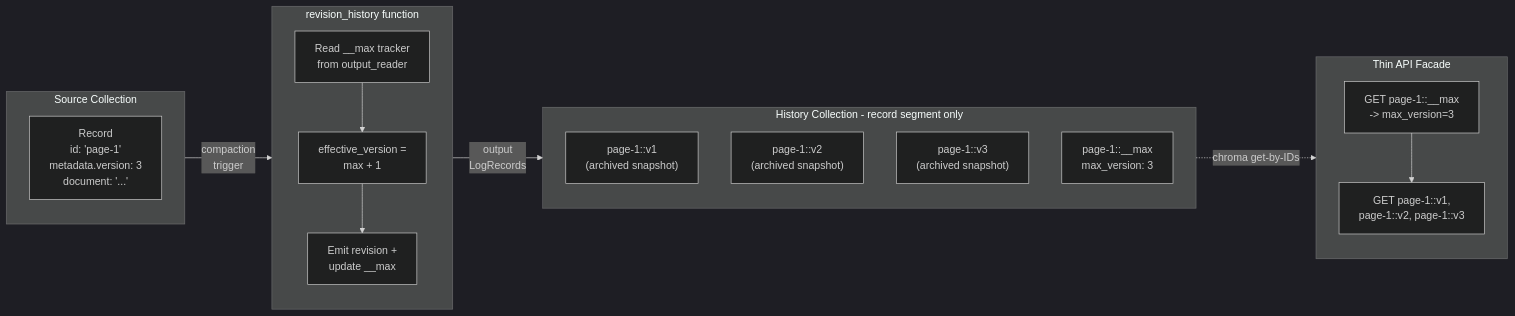
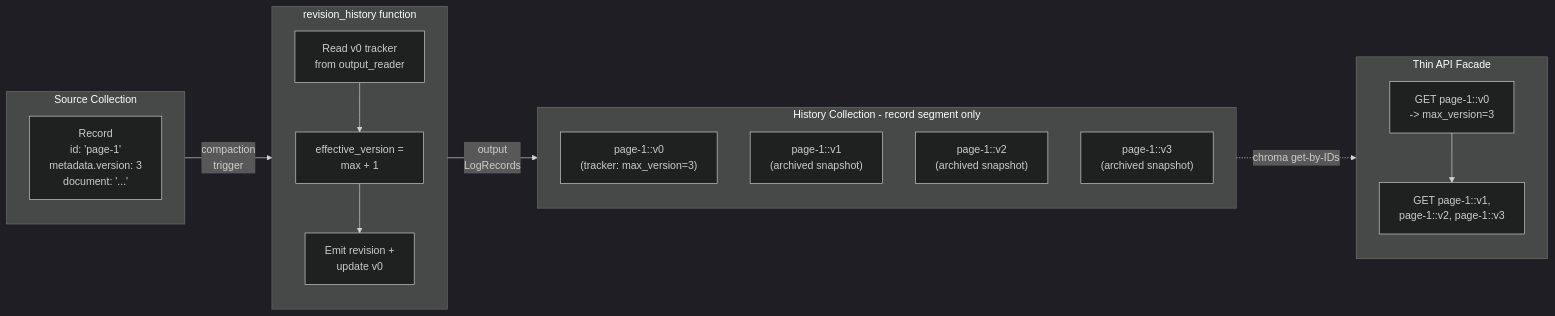
One commit to chroma-core/chroma changed the second of 2 diagrams in revision_history_function_302b0fcf.plan.md. Above: the diagram before and after it, drawn with Mermaid (dark theme). The commit also changed other lines of this file, not shown here.

````diff
--- a/revision_history_function_302b0fcf.plan.md
+++ b/revision_history_function_302b0fcf.plan.md
@@ -87,33 +87,33 @@
 ```mermaid
 flowchart LR
  subgraph source [Source Collection]
  REC["Record\nid: 'page-1'\nmetadata.version: 3\ndocument: '...'"]
  end
 
  subgraph fn [revision_history function]
  direction TB
- READ["Read __max tracker\nfrom output_reader"]
+ READ["Read v0 tracker\nfrom output_reader"]
  CALC["effective_version =\nmax + 1"]
- EMIT["Emit revision +\nupdate __max"]
+ EMIT["Emit revision +\nupdate v0"]
  READ --> CALC --> EMIT
  end
 
  subgraph output [History Collection - record segment only]
  direction TB
+ V0["page-1::v0\n(tracker: max_version=3)"]
  V1["page-1::v1\n(archived snapshot)"]
  V2["page-1::v2\n(archived snapshot)"]
  V3["page-1::v3\n(archived snapshot)"]
- MAX["page-1::__max\nmax_version: 3"]
  end
 
  subgraph facade [Thin API Facade]
  direction TB
- GET_MAX["GET page-1::__max\n-> max_version=3"]
+ GET_MAX["GET page-1::v0\n-> max_version=3"]
  GET_RANGE["GET page-1::v1,\npage-1::v2, page-1::v3"]
  GET_MAX --> GET_RANGE
  end
 
  source -->|"compaction\ntrigger"| fn
  fn -->|"output\nLogRecords"| output
  output -.->|"chroma get-by-IDs"| facade
 ```
````
